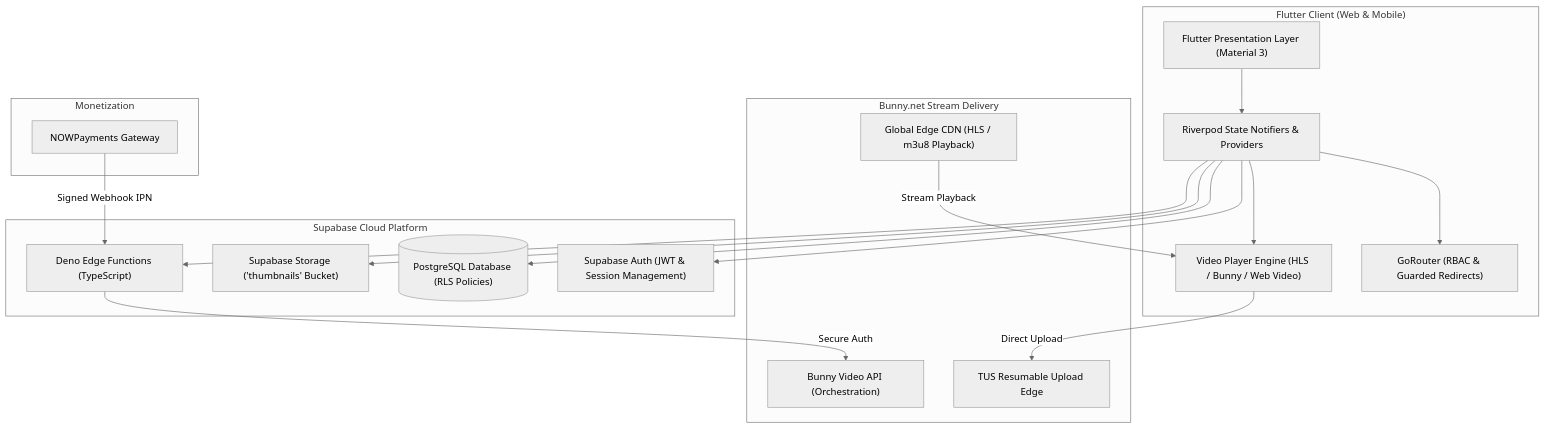
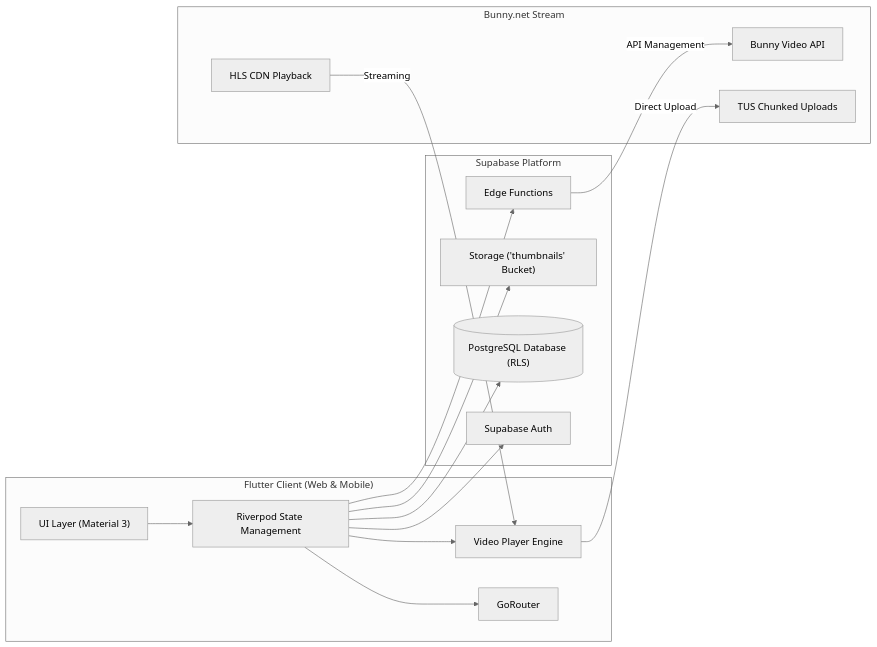
Before and after one commit to oscarboyq/Ott: the diagram in README.md, drawn with Mermaid (neutral theme). The commit also changed other lines of this file and 5 other files, not shown here.

````diff
--- a/README.md
+++ b/README.md
@@ -55,39 +63,32 @@
 ```mermaid
-flowchart TB
+flowchart LR
     subgraph Client["Flutter Client (Web & Mobile)"]
-        UI["Flutter Presentation Layer (Material 3)"]
-        Router["GoRouter (RBAC & Guarded Redirects)"]
-        State["Riverpod State Notifiers & Providers"]
-        Player["Video Player Engine (HLS / Bunny / Web Video)"]
+        UI["UI Layer (Material 3)"]
+        Router["GoRouter"]
+        State["Riverpod State Management"]
+        Player["Video Player Engine"]
         UI --> State
         State --> Router
         State --> Player
     end
 
-    subgraph Backend["Supabase Cloud Platform"]
-        Auth["Supabase Auth (JWT & Session Management)"]
-        DB[("PostgreSQL Database (RLS Policies)")]
-        Storage["Supabase Storage ('thumbnails' Bucket)"]
-        Edge["Deno Edge Functions (TypeScript)"]
-        
+    subgraph Backend["Supabase Platform"]
+        Auth["Supabase Auth"]
+        DB[("PostgreSQL Database (RLS)")]
+        Storage["Storage ('thumbnails' Bucket)"]
+        Edge["Edge Functions"]
         State --> Auth
         State --> DB
         State --> Storage
         State --> Edge
     end
 
-    subgraph CDN["Bunny.net Stream Delivery"]
-        BunnyAPI["Bunny Video API (Orchestration)"]
-        TusServer["TUS Resumable Upload Edge"]
-        HLS["Global Edge CDN (HLS / m3u8 Playback)"]
-        
-        Edge -->|Secure Auth| BunnyAPI
-        Player -->|Direct Upload| TusServer
-        HLS -->|Stream Playback| Player
-    end
-
-    subgraph Payments["Monetization"]
-        NOWPayments["NOWPayments Gateway"]
-        NOWPayments -->|Signed Webhook IPN| Edge
+    subgraph CDN["Bunny.net Stream"]
+        BunnyAPI["Bunny Video API"]
+        TUS["TUS Chunked Uploads"]
+        HLS["HLS CDN Playback"]
+        Edge -->|API Management| BunnyAPI
+        Player -->|Direct Upload| TUS
+        HLS -->|Streaming| Player
     end
 ```
````
